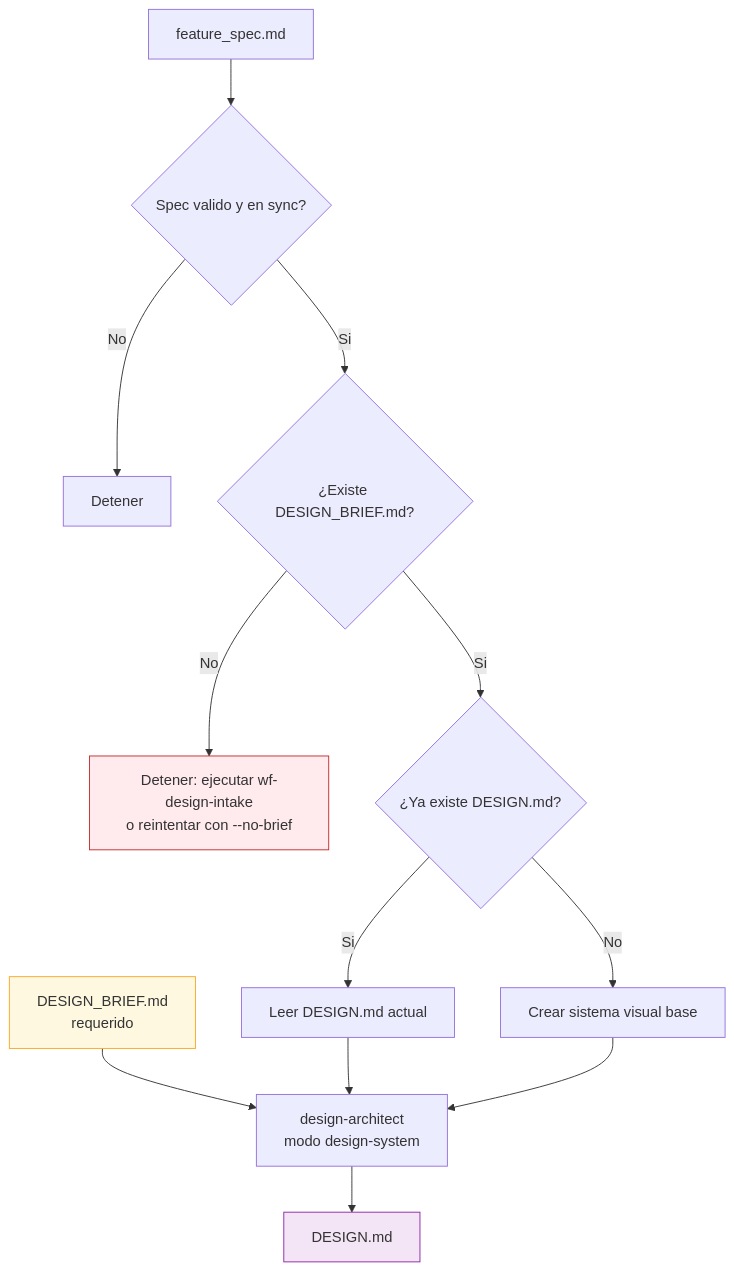
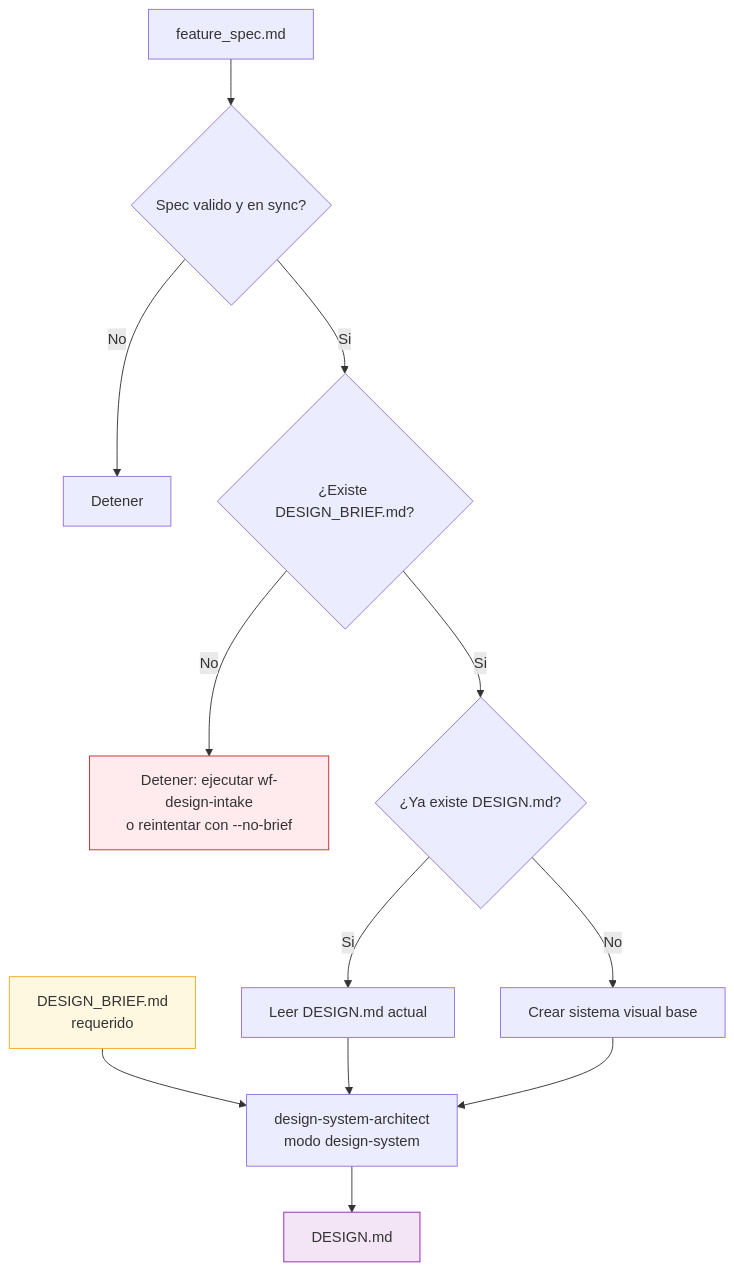
Before and after one commit to OspofeDeveloper/ai-dev-agents-lab: the third of 9 diagrams in sdd/pipeline/design/DIAGRAMS.md, drawn with Mermaid. The commit also changed other lines of this file and 42 other files, not shown here.

````diff
--- a/sdd/pipeline/design/DIAGRAMS.md
+++ b/sdd/pipeline/design/DIAGRAMS.md
@@ -139,20 +139,20 @@
 ```mermaid
 flowchart TD
     Spec[feature_spec.md]
     Brief[DESIGN_BRIEF.md<br/>requerido]
     Spec --> Check{"Spec valido y en sync?"}
     Check -->|No| Stop[Detener]
     Check -->|Si| BriefGate{"¿Existe DESIGN_BRIEF.md?"}
     BriefGate -->|No| StopBrief["Detener: ejecutar wf-design-intake<br/>o reintentar con --no-brief"]
     BriefGate -->|Si| Existing{"¿Ya existe DESIGN.md?"}
     Existing -->|Si| ReadCurrent[Leer DESIGN.md actual]
     Existing -->|No| NewSystem[Crear sistema visual base]
-    Brief --> Agent["design-architect<br/>modo design-system"]
+    Brief --> Agent["design-system-architect<br/>modo design-system"]
     ReadCurrent --> Agent
     NewSystem --> Agent
     Agent --> DesignFile[DESIGN.md]
 
     style DesignFile fill:#f3e5f5,stroke:#8e24aa
     style Brief fill:#fff8e1,stroke:#f9a825
     style StopBrief fill:#ffebee,stroke:#c62828
 ```
````
